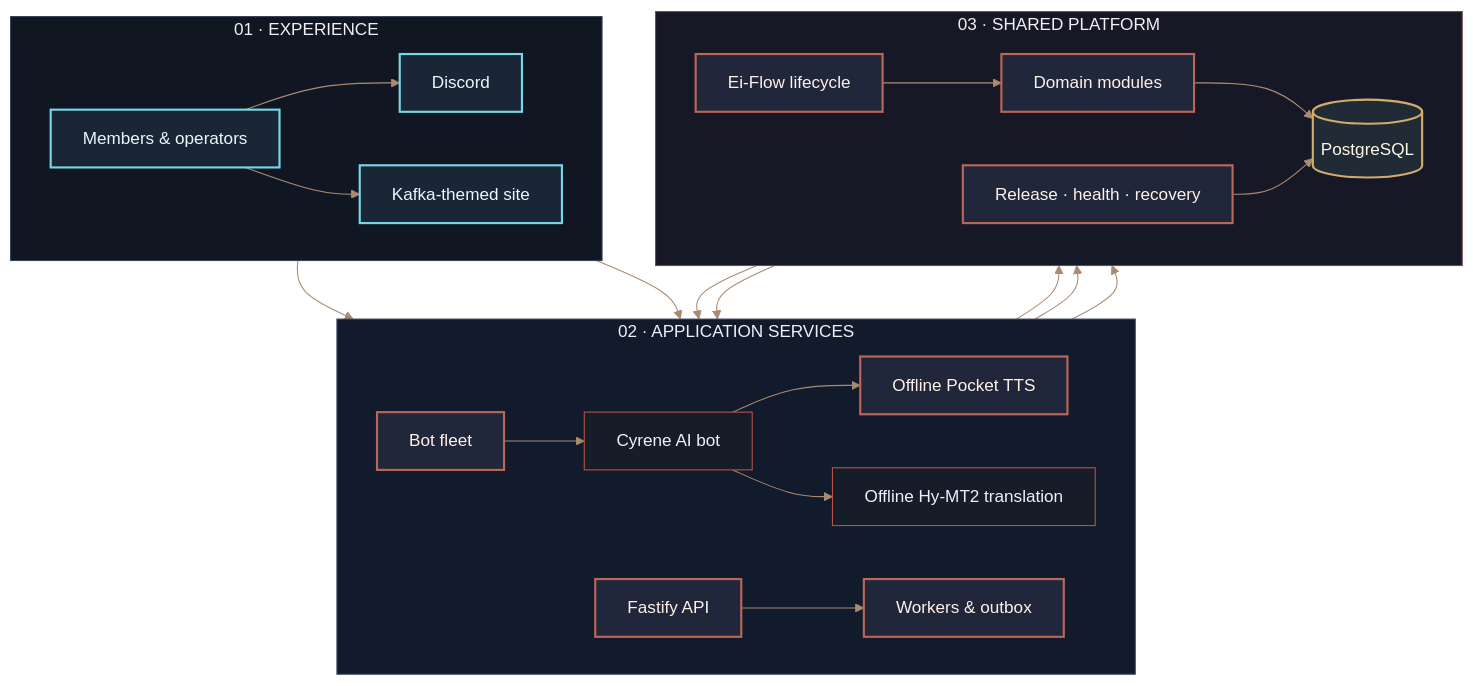
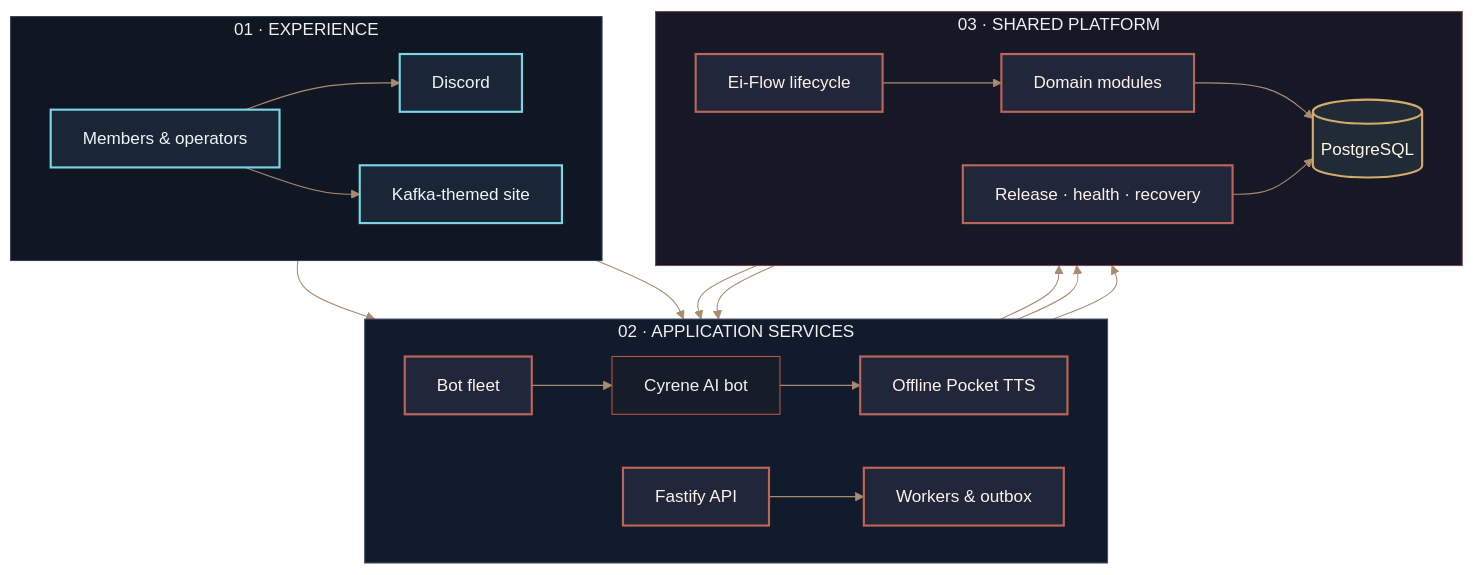
Before and after one commit to xyanncat/Ei-point: the first of 3 diagrams in README.md, drawn with Mermaid. The commit also changed other lines of this file and 36 other files, not shown here.

````diff
--- a/README.md
+++ b/README.md
@@ -76,51 +76,49 @@
 ```mermaid
 %%{init: {'theme':'base','themeVariables': {'primaryColor':'#171c29','primaryTextColor':'#eef2f7','primaryBorderColor':'#b95348','lineColor':'#a98b71','secondaryColor':'#20283a','tertiaryColor':'#111722','clusterBkg':'#0e1420','clusterBorder':'#39435a','fontFamily':'ui-sans-serif, system-ui, sans-serif'}}}%%
 flowchart TB
   subgraph Experience["01 · EXPERIENCE"]
     direction LR
     Members[Members & operators]
     Discord[Discord]
     Site[Kafka-themed site]
   end
   subgraph Services["02 · APPLICATION SERVICES"]
     direction LR
     API[Fastify API]
     Fleet[Bot fleet]
     Cyrene[Cyrene AI bot]
     Pocket[Offline Pocket TTS]
-    HyMT2[Offline Hy-MT2 translation]
     Workers[Workers & outbox]
   end
   subgraph Core["03 · SHARED PLATFORM"]
     direction LR
     Flow[Ei-Flow lifecycle]
     Domain[Domain modules]
     DB[(PostgreSQL)]
     Ops[Release · health · recovery]
   end
   Members --> Discord
   Members --> Site
   Site --> API
   Discord --> Fleet
   Fleet --> Cyrene
   Cyrene --> Pocket
-  Cyrene --> HyMT2
   Fleet --> Flow
   Flow --> Domain
   API --> DB
   Domain --> DB
   API --> Workers
   Workers --> DB
   Ops --> API
   Ops --> Fleet
   Ops --> DB
   style Experience fill:#101722,stroke:#344157,color:#eef2f7
   style Services fill:#121b2b,stroke:#475066,color:#eef2f7
   style Core fill:#171826,stroke:#7b454d,color:#eef2f7
   classDef actor fill:#1a2536,stroke:#78d6e6,color:#eef6fc,stroke-width:2px
   classDef service fill:#21273a,stroke:#bc6559,color:#fff1e8,stroke-width:2px
   classDef durable fill:#212b36,stroke:#d3ac6c,color:#fff8e8,stroke-width:2px
   class Members,Discord,Site actor
   class API,Fleet,Pocket,Workers,Flow,Domain,Ops service
   class DB durable
 ```
````
